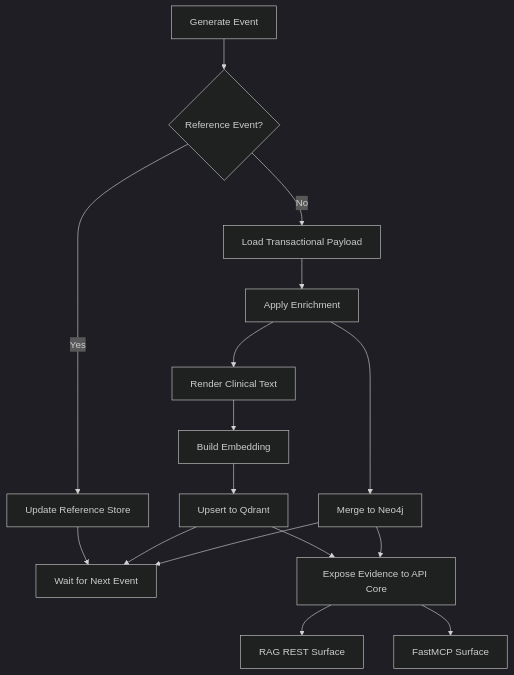
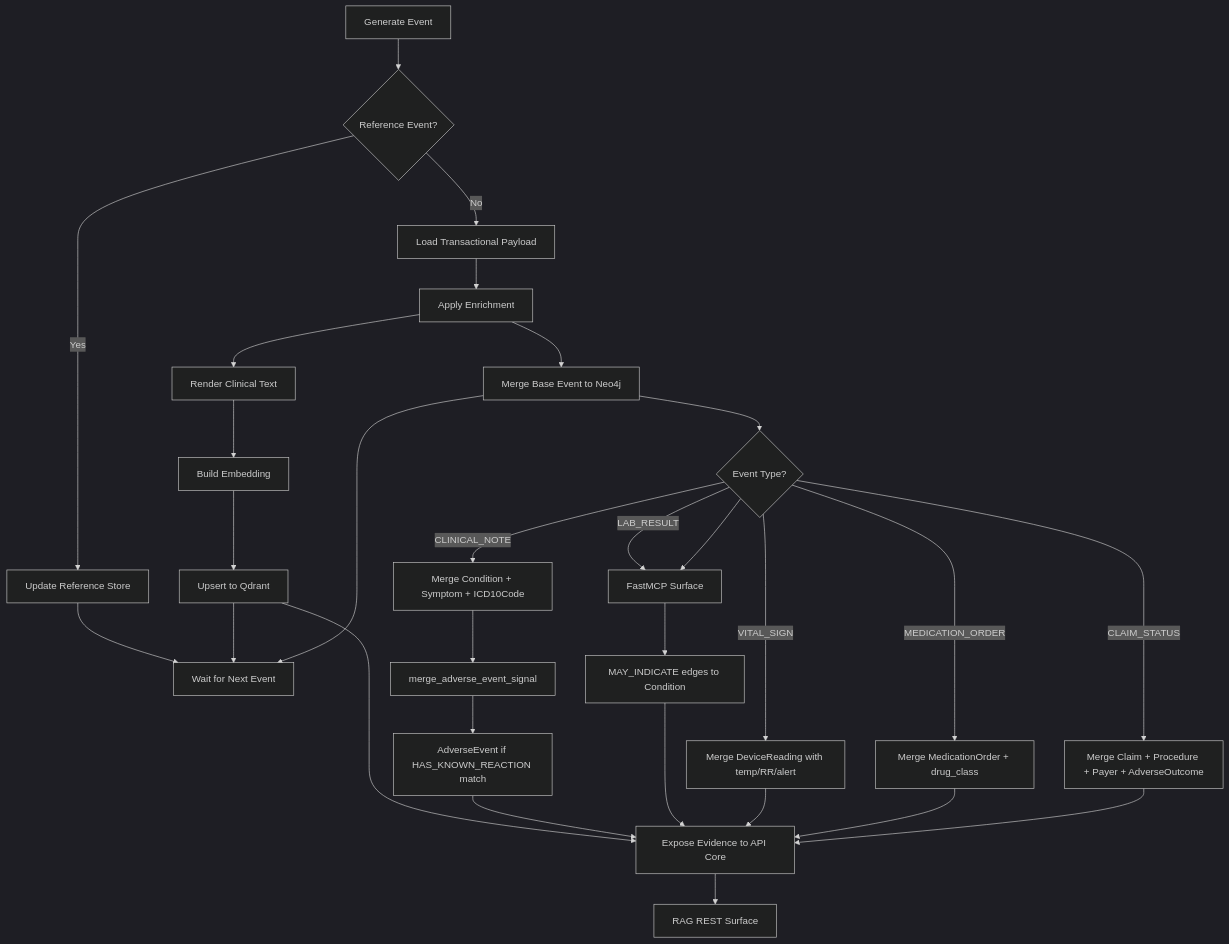
Before and after one commit to wchen-dea/Agentic-AI-Healthcare-GraphRAG: the third of 4 diagrams in docs/ARCHITECTURE.md, drawn with Mermaid (dark theme). The commit also changed other lines of this file and 10 other files, not shown here.

````diff
--- a/docs/ARCHITECTURE.md
+++ b/docs/ARCHITECTURE.md
@@ -187,18 +188,31 @@
 ```mermaid
 flowchart TD
   A[Generate Event] --> B{Reference Event?}
   B -->|Yes| C[Update Reference Store]
   B -->|No| D[Load Transactional Payload]
   C --> E[Wait for Next Event]
   D --> F[Apply Enrichment]
   F --> G[Render Clinical Text]
   G --> H[Build Embedding]
   H --> I[Upsert to Qdrant]
-  F --> J[Merge to Neo4j]
-  I --> K[Expose Evidence to API Core]
-  J --> K
-  K --> L[RAG REST Surface]
+  F --> J[Merge Base Event to Neo4j]
+  J --> K{Event Type?}
+  K -->|CLINICAL_NOTE| L[Merge Condition + Symptom + ICD10Code]
+  K -->|LAB_RESULT| M[Merge Observation + run 14 lab signal rules]
+  K -->|VITAL_SIGN| N[Merge DeviceReading with temp/RR/alert]
+  K -->|MEDICATION_ORDER| O[Merge MedicationOrder + drug_class]
+  K -->|CLAIM_STATUS| P[Merge Claim + Procedure + Payer + AdverseOutcome]
+  L --> Q[merge_adverse_event_signal]
+  Q --> R[AdverseEvent if HAS_KNOWN_REACTION match]
+  M --> S[MAY_INDICATE edges to Condition]
+  I --> T[Expose Evidence to API Core]
+  R --> T
+  S --> T
+  N --> T
+  O --> T
+  P --> T
+  T --> U[RAG REST Surface]
   K --> M[FastMCP Surface]
   I --> E
   J --> E
 ```
````
